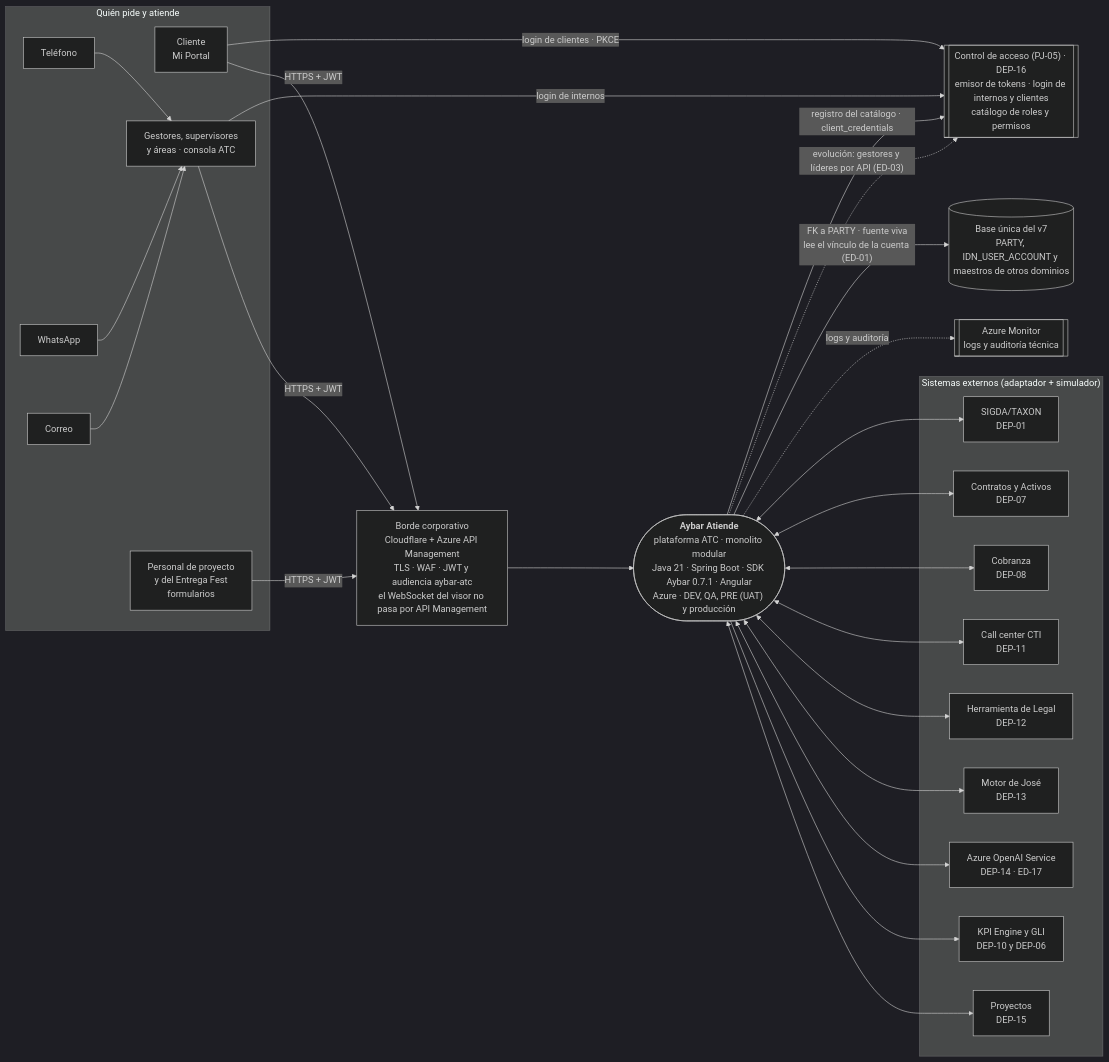
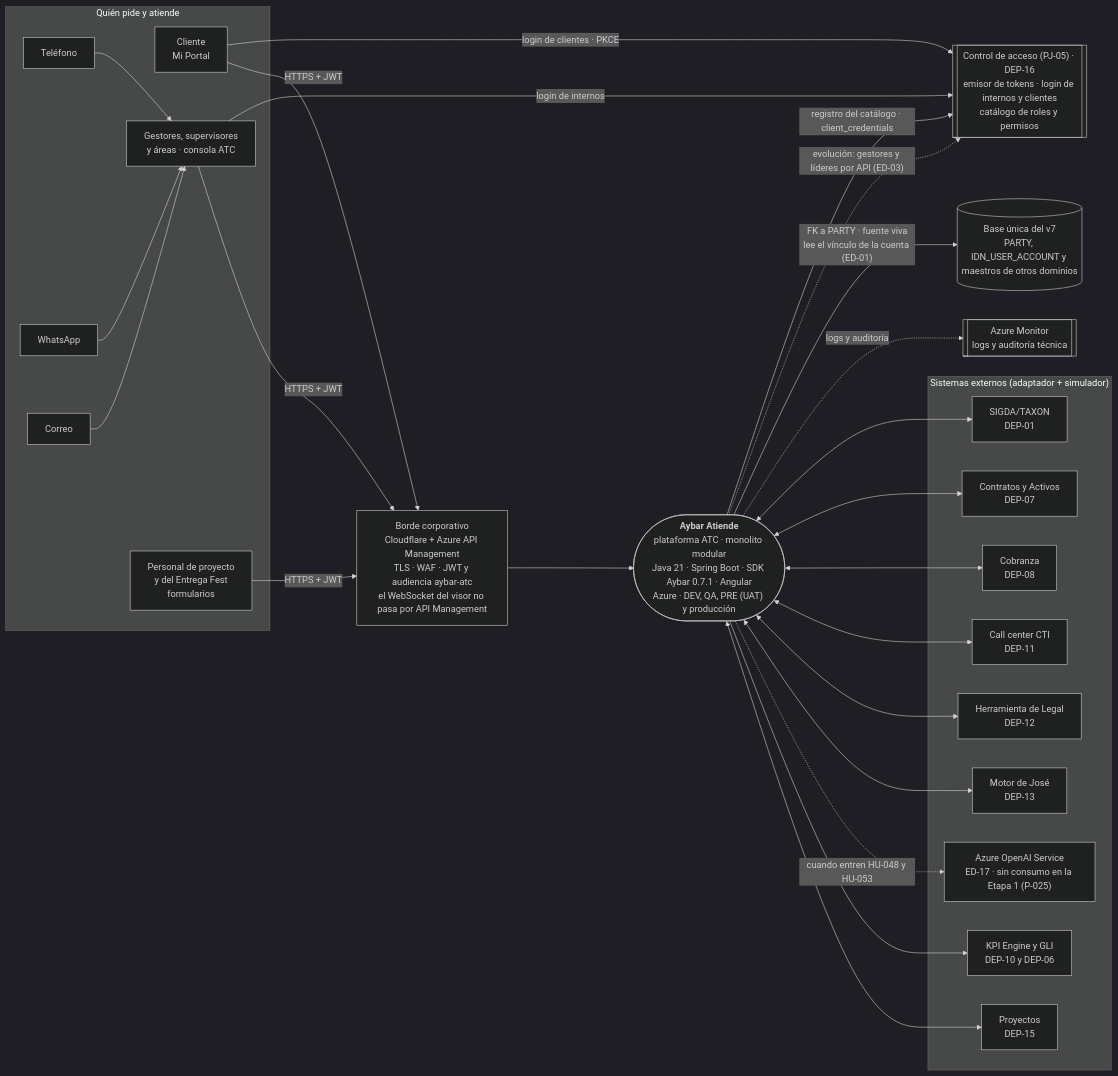
One commit to michel-poma-huachihuaco/tyc-mockup changed the first of 5 diagrams in propuesta-po/documentacion/paquete-definir-etapa1-v1.3/arquitectura/diagrama-arquitectura.md. Above: the diagram before and after it, drawn with Mermaid (dark theme). The commit also changed other lines of this file and 97 other files, not shown here.

````diff
--- a/propuesta-po/documentacion/paquete-definir-etapa1-v1.3/arquitectura/diagrama-arquitectura.md
+++ b/propuesta-po/documentacion/paquete-definir-etapa1-v1.3/arquitectura/diagrama-arquitectura.md
@@ -32,49 +32,49 @@
 ```mermaid
 flowchart LR
   subgraph Quien["Quién pide y atiende"]
     tel[Teléfono]
     wa[WhatsApp]
     mail[Correo]
     cli[Cliente<br/>Mi Portal]
     ges[Gestores, supervisores<br/>y áreas · consola ATC]
     obra[Personal de proyecto<br/>y del Entrega Fest<br/>formularios]
   end
   borde["Borde corporativo<br/>Cloudflare + Azure API Management<br/>TLS · WAF · JWT y audiencia aybar-atc<br/>el WebSocket del visor no pasa por API Management"]
   atc(["<b>Aybar Atiende</b><br/>plataforma ATC · monolito modular<br/>Java 21 · Spring Boot · SDK Aybar 0.7.1 · Angular<br/>Azure · DEV, QA, PRE (UAT) y producción"])
   ctrl[["Control de acceso (PJ-05) · DEP-16<br/>emisor de tokens · login de internos y clientes<br/>catálogo de roles y permisos"]]
   base[("Base única del v7<br/>PARTY, IDN_USER_ACCOUNT y maestros de otros dominios")]
   mon[["Azure Monitor<br/>logs y auditoría técnica"]]
   subgraph Ext["Sistemas externos (adaptador + simulador)"]
     sigda[SIGDA/TAXON<br/>DEP-01]
     con[Contratos y Activos<br/>DEP-07]
     cob[Cobranza<br/>DEP-08]
     cti[Call center CTI<br/>DEP-11]
     leg[Herramienta de Legal<br/>DEP-12]
     jose[Motor de José<br/>DEP-13]
-    ia[Azure OpenAI Service<br/>DEP-14 · ED-17]
+    ia["Azure OpenAI Service<br/>ED-17 · sin consumo en la Etapa 1 (P-025)"]
     kpi[KPI Engine y GLI<br/>DEP-10 y DEP-06]
     proy[Proyectos<br/>DEP-15]
   end
   cli -- "login de clientes · PKCE" --> ctrl
   ges -- "login de internos" --> ctrl
   cli -- "HTTPS + JWT" --> borde
   ges -- "HTTPS + JWT" --> borde
   obra -- "HTTPS + JWT" --> borde
   borde --> atc
   tel --> ges
   wa --> ges
   mail --> ges
   atc -- "registro del catálogo · client_credentials" --> ctrl
   atc -. "evolución: gestores y líderes por API (ED-03)" .-> ctrl
   atc -- "FK a PARTY · fuente viva<br/>lee el vínculo de la cuenta (ED-01)" --> base
   atc -. "logs y auditoría" .-> mon
   atc <--> sigda
   atc <--> con
   atc <--> cob
   atc <--> cti
   atc <--> leg
   atc <--> jose
-  atc <--> ia
+  atc -. "cuando entren HU-048 y HU-053" .-> ia
   atc --> kpi
   atc <--> proy
 ```
````
